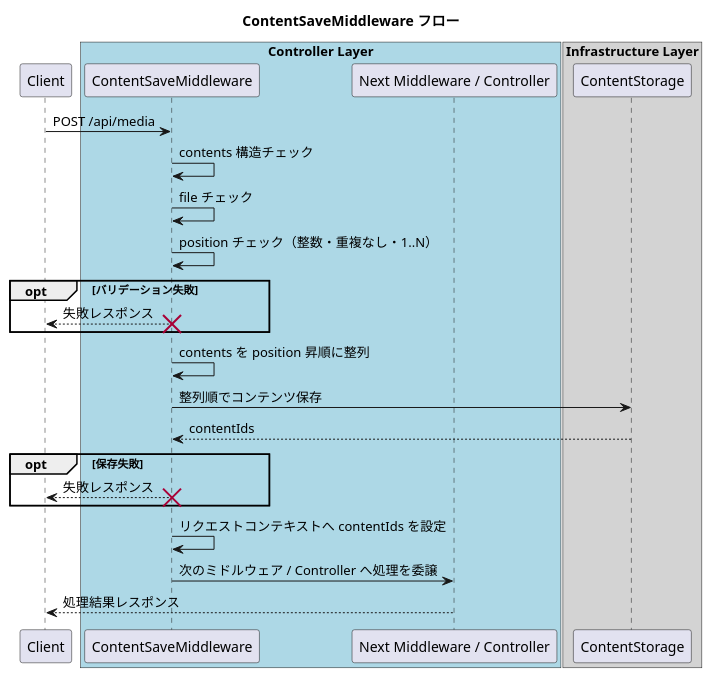
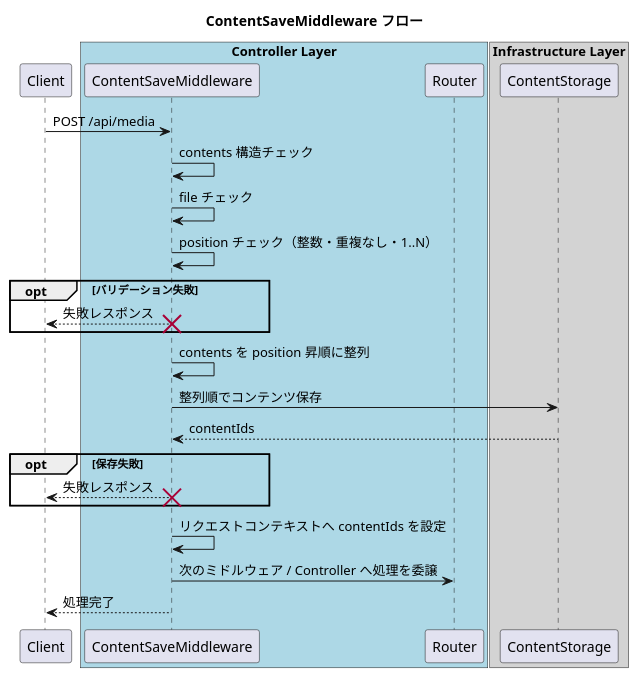
Before and after one commit to hachimitu22/MangaViewer: the diagram in doc/5_api/controller/middleware/ContentSaveMiddleware/readme.md, drawn with PlantUML.

Commit message:
docs: ContentSaveMiddlewareのシーケンス図表現をRouter委譲に統一する
レビューコメントに合わせて、処理委譲先の参加者名をRouterに変更し、矢印表現もRouter向けに修正しました。
あわせて終端メッセージをMiddlewareからClientへの『処理完了』に変更し、レビュー観点で求められた記法に一致させるためです。

````diff
--- a/doc/5_api/controller/middleware/ContentSaveMiddleware/readme.md
+++ b/doc/5_api/controller/middleware/ContentSaveMiddleware/readme.md
@@ -34,37 +34,37 @@
 ```plantuml
 @startuml
 title ContentSaveMiddleware フロー
 
 participant Client
 box "Controller Layer" #LightBlue
   participant ContentSaveMiddleware as Middleware
-  participant NextHandler as "Next Middleware / Controller"
+  participant Router
 end box
 box "Infrastructure Layer" #LightGray
   participant ContentStorage as Storage
 end box
 
 Client -> Middleware: POST /api/media
 Middleware -> Middleware: contents 構造チェック
 Middleware -> Middleware: file チェック
 Middleware -> Middleware: position チェック（整数・重複なし・1..N）
 
 opt バリデーション失敗
   Middleware --> Client: 失敗レスポンス
   destroy Middleware
 end
 
 Middleware -> Middleware: contents を position 昇順に整列
 Middleware -> Storage: 整列順でコンテンツ保存
 Storage --> Middleware: contentIds
 
 opt 保存失敗
   Middleware --> Client: 失敗レスポンス
   destroy Middleware
 end
 
 Middleware -> Middleware: リクエストコンテキストへ contentIds を設定
-Middleware -> NextHandler: 次のミドルウェア / Controller へ処理を委譲
-NextHandler --> Client: 処理結果レスポンス
+Middleware -> Router: 次のミドルウェア / Controller へ処理を委譲
+Middleware --> Client: 処理完了
 @enduml
 ```
````
